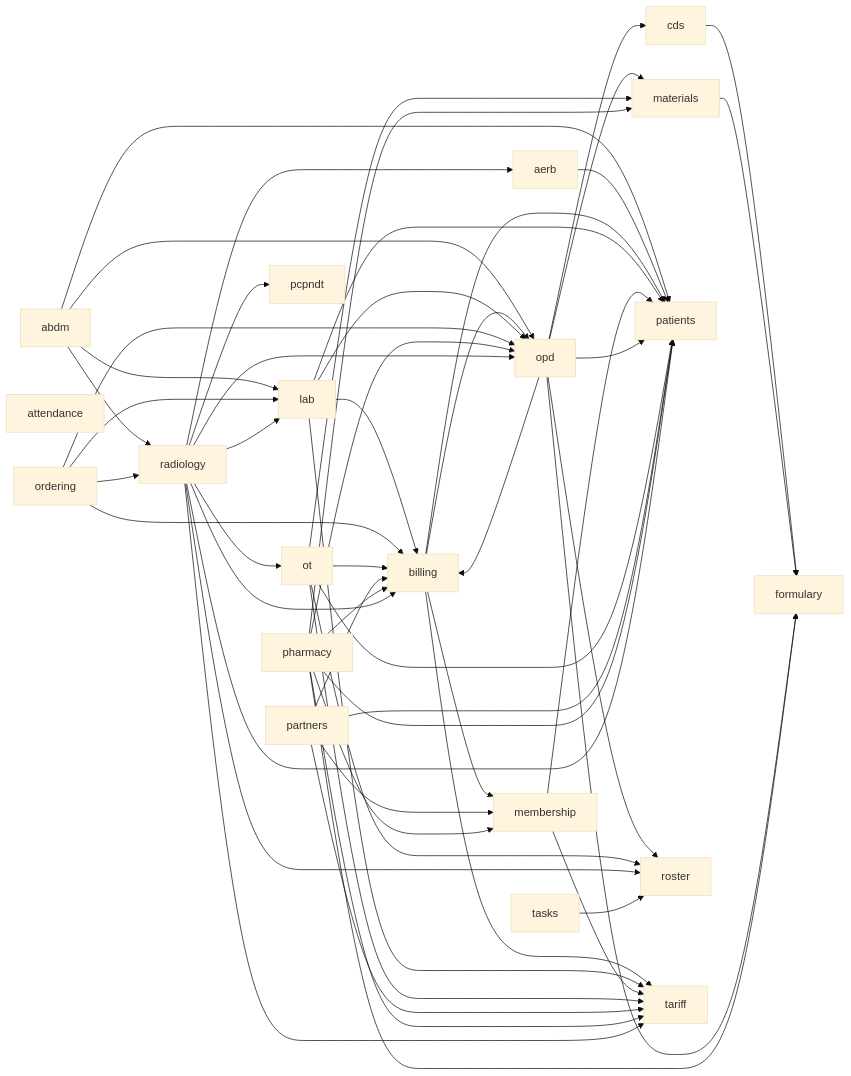
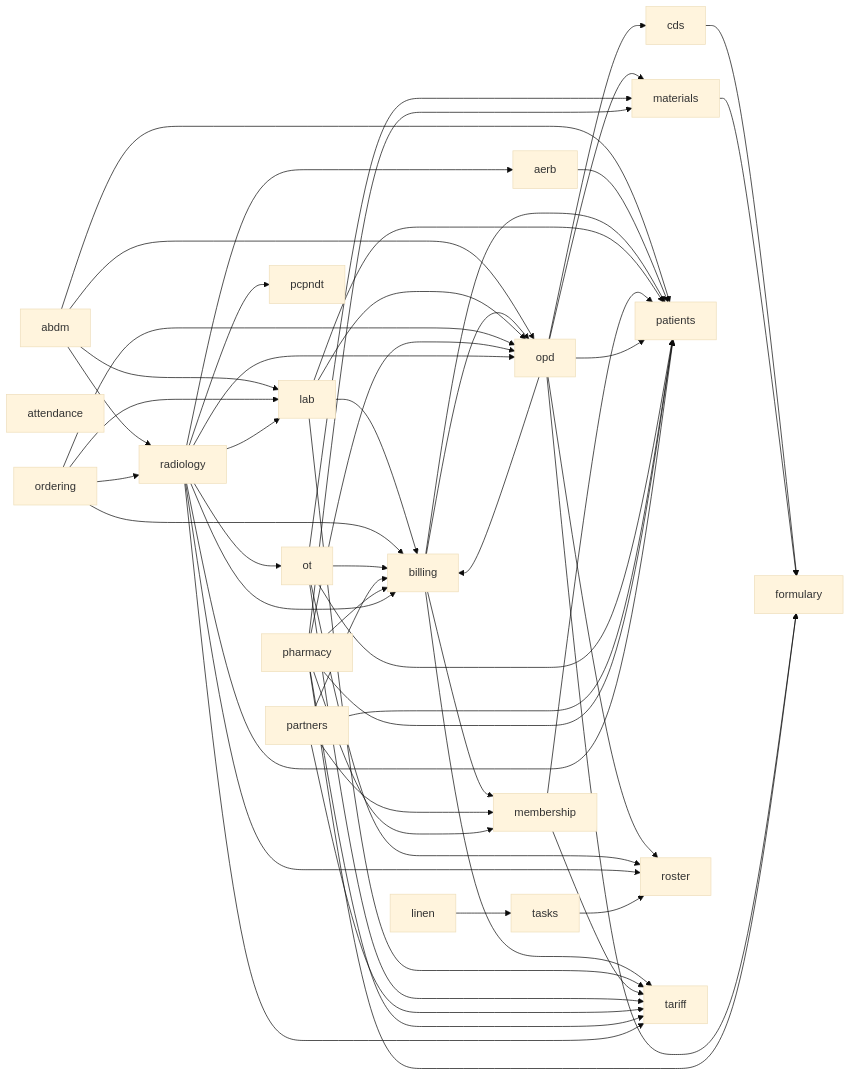
The second of 2 diagrams in docs/architecture/README.md (ankits3a/hims-hmis), drawn with Mermaid (base theme) before and after one commit. The commit also changed other lines of this file and 44 other files, not shown here.

````diff
--- a/docs/architecture/README.md
+++ b/docs/architecture/README.md
@@ -31,76 +31,78 @@
 ```mermaid
 flowchart LR
   abdm[abdm]
   aerb[aerb]
   attendance[attendance]
   billing[billing]
   cds[cds]
   formulary[formulary]
   lab[lab]
+  linen[linen]
   materials[materials]
   membership[membership]
   opd[opd]
   ordering[ordering]
   ot[ot]
   partners[partners]
   patients[patients]
   pcpndt[pcpndt]
   pharmacy[pharmacy]
   radiology[radiology]
   roster[roster]
   tariff[tariff]
   tasks[tasks]
   abdm --> lab
   abdm --> opd
   abdm --> patients
   abdm --> radiology
   aerb --> patients
   billing --> membership
   billing --> opd
   billing --> patients
   billing --> tariff
   cds --> formulary
   lab --> billing
   lab --> opd
   lab --> patients
   lab --> tariff
+  linen --> tasks
   materials --> formulary
   membership --> patients
   membership --> tariff
   opd --> billing
   opd --> cds
   opd --> formulary
   opd --> materials
   opd --> patients
   opd --> roster
   ordering --> billing
   ordering --> lab
   ordering --> opd
   ordering --> radiology
   ot --> billing
   ot --> materials
   ot --> patients
   ot --> roster
   ot --> tariff
   partners --> billing
   partners --> membership
   partners --> patients
   partners --> tariff
   pharmacy --> billing
   pharmacy --> formulary
   pharmacy --> materials
   pharmacy --> membership
   pharmacy --> opd
   pharmacy --> patients
   pharmacy --> tariff
   radiology --> aerb
   radiology --> billing
   radiology --> lab
   radiology --> opd
   radiology --> ot
   radiology --> patients
   radiology --> pcpndt
   radiology --> roster
   radiology --> tariff
   tasks --> roster
 ```
````
